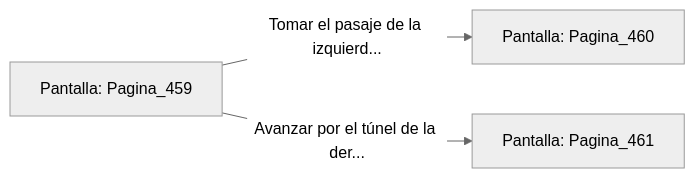
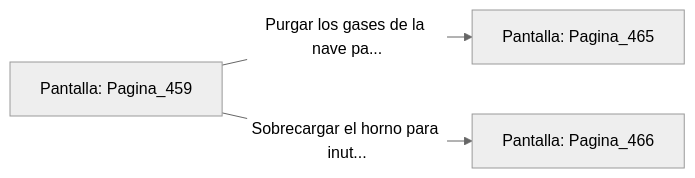
Before and after one commit to metsuke/mpl: the diagram in sample/eligejuego-vault/Pantalla_Pagina_459.md, drawn with Mermaid (neutral theme). The commit also changed other lines of this file and 635 other files, not shown here.

First line of the commit message:
fix: añadir Pagina_1 como pantalla inicial en capitulo_01.mpl

````diff
--- a/sample/eligejuego-vault/Pantalla_Pagina_459.md
+++ b/sample/eligejuego-vault/Pantalla_Pagina_459.md
@@ -20,6 +24,6 @@
 ```mermaid
 graph LR
     P_Pagina_459["Pantalla: Pagina_459"]
-    P_Pagina_459 -->|"Tomar el pasaje de la izquierd..."| P_Pagina_460["Pantalla: Pagina_460"]
-    P_Pagina_459 -->|"Avanzar por el túnel de la der..."| P_Pagina_461["Pantalla: Pagina_461"]
+    P_Pagina_459 -->|"Purgar los gases de la nave pa..."| P_Pagina_465["Pantalla: Pagina_465"]
+    P_Pagina_459 -->|"Sobrecargar el horno para inut..."| P_Pagina_466["Pantalla: Pagina_466"]
 ```
````
